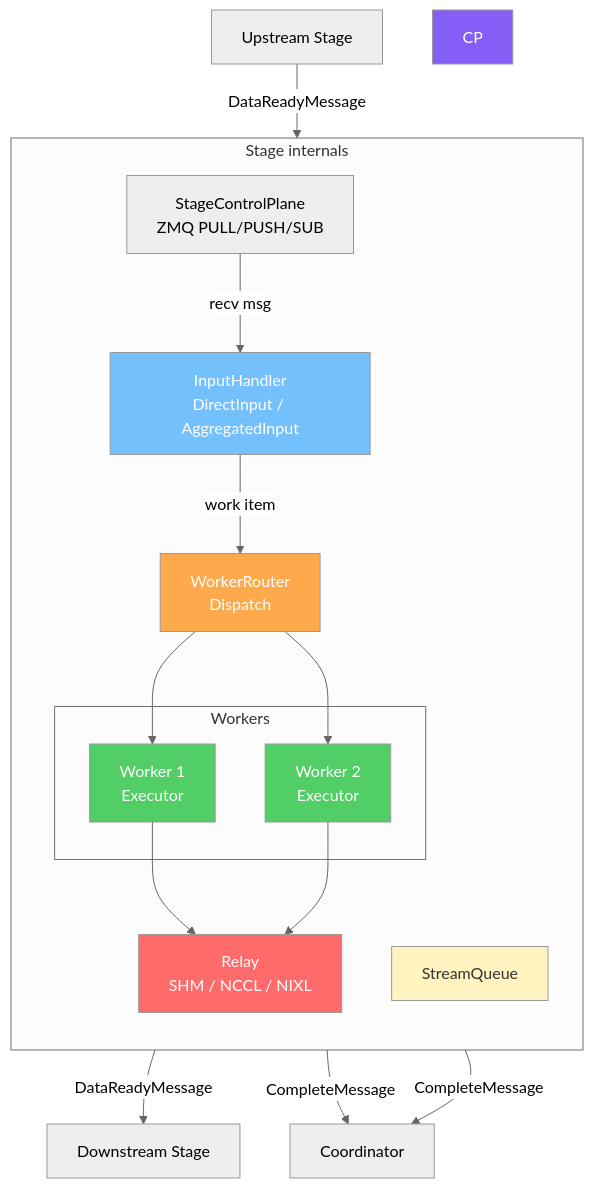
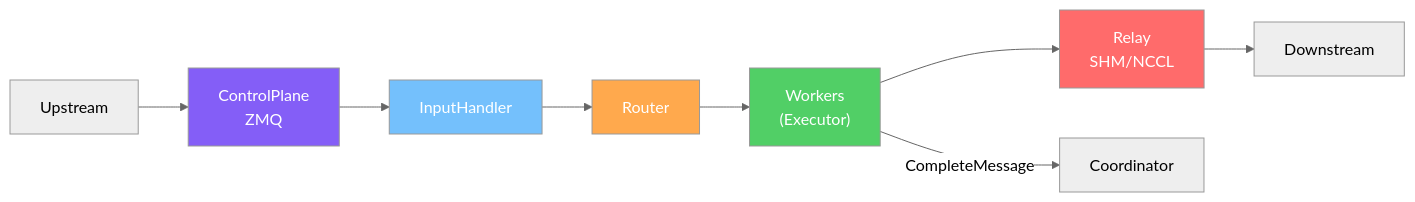
Before and after one commit to zhaochenyang20/Awesome-ML-SYS-Tutorial: diagram 17 of 33 in sglang/sglang-omni/README.md, drawn with Mermaid (neutral theme). The commit also changed other lines of this file, not shown here.

First line of the commit message:
style: flatten all diagrams to avoid subgraph overlap issues

````diff
--- a/sglang/sglang-omni/README.md
+++ b/sglang/sglang-omni/README.md
@@ -673,33 +611,12 @@
 ```mermaid
-graph TB
-    subgraph Stage["Stage internals"]
-        direction TB
-        SCP["StageControlPlane<br/>ZMQ PULL/PUSH/SUB"]
-        IH["InputHandler<br/>DirectInput / AggregatedInput"]
-        Router["WorkerRouter<br/>Dispatch"]
-        Relay["Relay<br/>SHM / NCCL / NIXL"]
-        SQ["StreamQueue"]
+graph LR
+    Upstream["Upstream"] --> SCP["ControlPlane<br/>ZMQ"] --> IH["InputHandler"] --> Router["Router"] --> W["Workers<br/>(Executor)"]
+    W --> Relay["Relay<br/>SHM/NCCL"] --> Downstream["Downstream"]
+    W --> |"CompleteMessage"| CO["Coordinator"]
 
-        subgraph Workers["Workers"]
-            W1["Worker 1<br/>Executor"]
-            W2["Worker 2<br/>Executor"]
-        end
-
-        SCP --> |"recv msg"| IH
-        IH --> |"work item"| Router
-        Router --> W1 & W2
-        W1 & W2 --> Relay
-    end
-
-    Upstream["Upstream Stage"] --> |"DataReadyMessage"| SCP
-    Relay --> |"DataReadyMessage"| Downstream["Downstream Stage"]
-    W1 & W2 --> |"CompleteMessage"| Coord["Coordinator"]
-
-    style CP fill:#845ef7,color:#fff
+    style SCP fill:#845ef7,color:#fff
     style IH fill:#74c0fc,color:#fff
     style Router fill:#ffa94d,color:#fff
+    style W fill:#51cf66,color:#fff
     style Relay fill:#ff6b6b,color:#fff
-    style SQ fill:#fff3bf,color:#333
-    style W1 fill:#51cf66,color:#fff
-    style W2 fill:#51cf66,color:#fff
 ```
````
